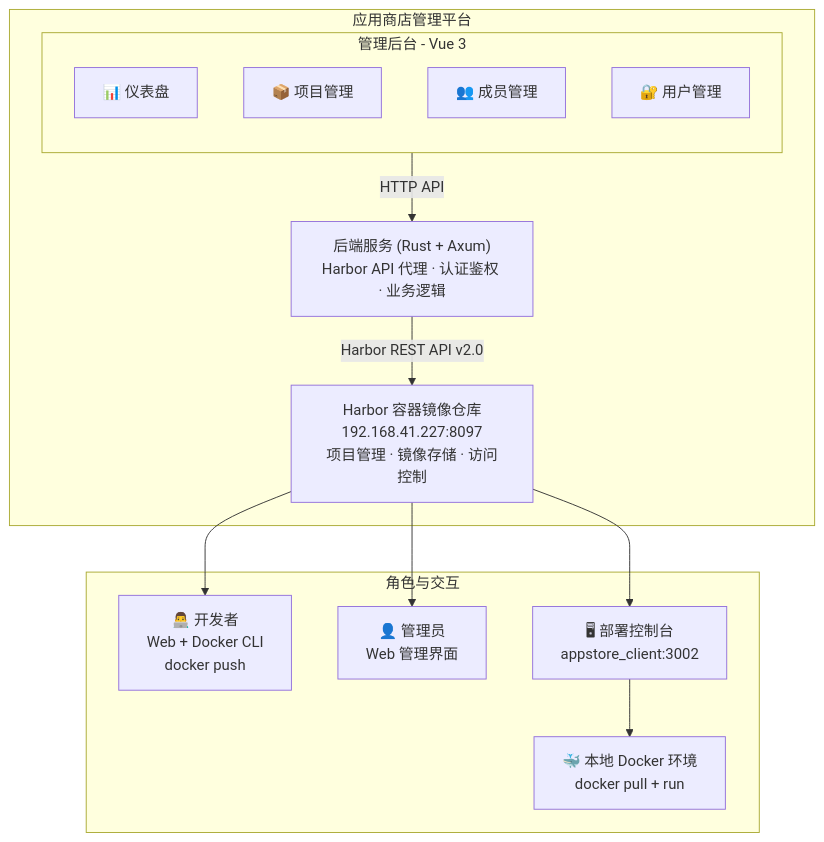
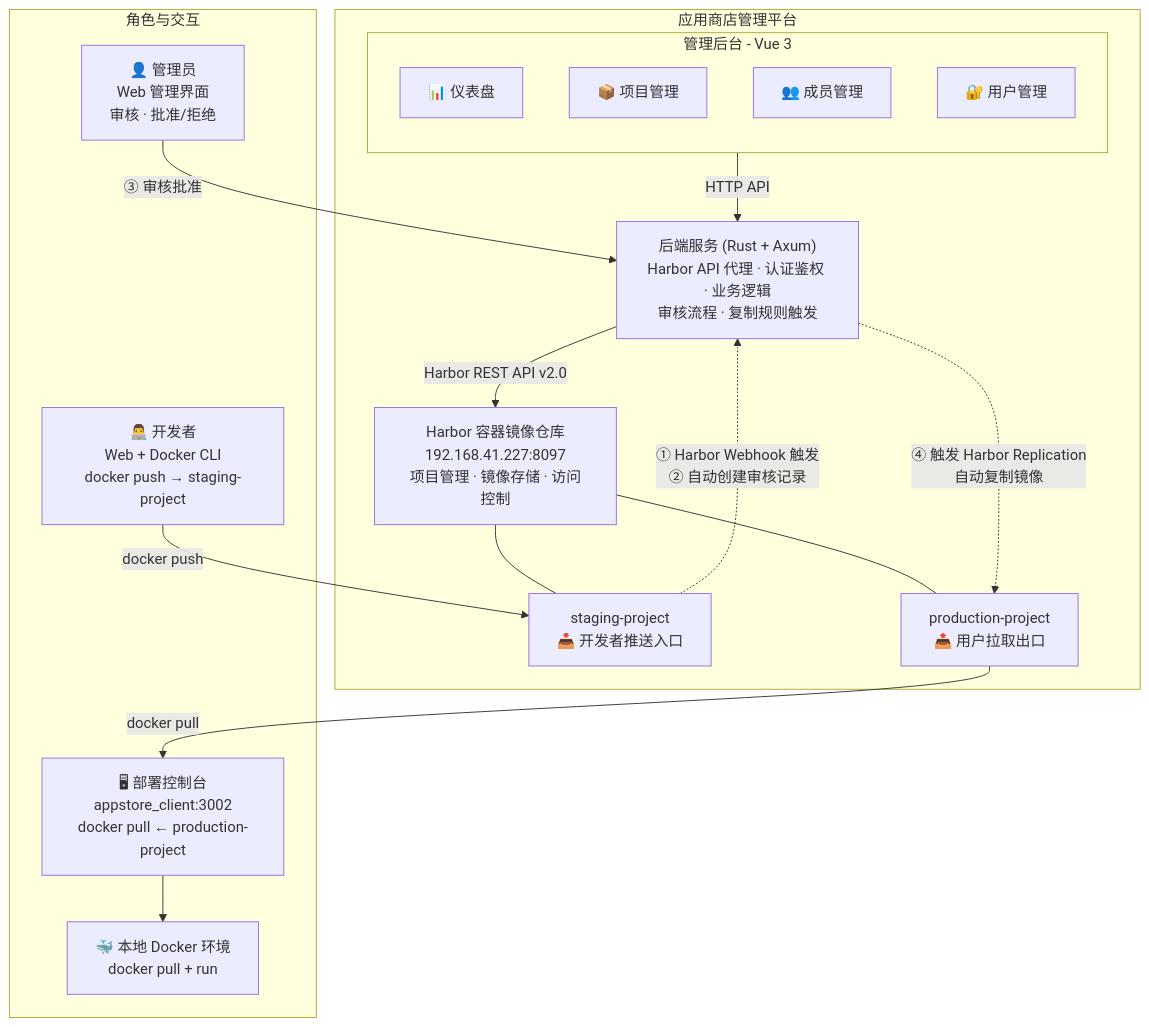
The first of 5 diagrams in APPSTORE.md (zzx1314/rust-admin), drawn with Mermaid before and after one commit. The commit also changed other lines of this file and 1 other file, not shown here.

First line of the commit message:
feat: Enhance application store workflow with staging and production projects

````diff
--- a/APPSTORE.md
+++ b/APPSTORE.md
@@ -27,32 +27,40 @@
 ```mermaid
 graph TB
     subgraph 应用商店管理平台
         subgraph 管理后台[管理后台 - Vue 3]
             direction TB
             仪表盘["📊 仪表盘"]
             项目管理["📦 项目管理"]
             成员管理["👥 成员管理"]
             用户管理["🔐 用户管理"]
         end
 
-        后端服务["后端服务 (Rust + Axum)\nHarbor API 代理 · 认证鉴权 · 业务逻辑"]
+        后端服务["后端服务 (Rust + Axum)\nHarbor API 代理 · 认证鉴权 · 业务逻辑\n审核流程 · 复制规则触发"]
 
         管理后台 -->|HTTP API| 后端服务
 
         Harbor["Harbor 容器镜像仓库\n192.168.41.227:8097\n项目管理 · 镜像存储 · 访问控制"]
+        
+        Staging["staging-project\n📥 开发者推送入口"]
+        Production["production-project\n📤 用户拉取出口"]
 
+        Harbor --- Staging
+        Harbor --- Production
+        
         后端服务 -->|Harbor REST API v2.0| Harbor
     end
 
     subgraph 角色与交互
-        开发者["👨‍💻 开发者\nWeb + Docker CLI\ndocker push"]
-        管理员["👤 管理员\nWeb 管理界面"]
-        部署控制台["🖥 部署控制台\nappstore_client:3002"]
+        开发者["👨‍💻 开发者\nWeb + Docker CLI\ndocker push → staging-project"]
+        管理员["👤 管理员\nWeb 管理界面\n审核 · 批准/拒绝"]
+        部署控制台["🖥 部署控制台\nappstore_client:3002\ndocker pull ← production-project"]
         Docker环境["🐳 本地 Docker 环境\ndocker pull + run"]
     end
 
-    Harbor --> 开发者
-    Harbor --> 管理员
-    Harbor --> 部署控制台
+    开发者 -->|docker push| Staging
+    Staging -.->|① Harbor Webhook 触发\n② 自动创建审核记录| 后端服务
+    管理员 -->|③ 审核批准| 后端服务
+    后端服务 -.->|④ 触发 Harbor Replication\n自动复制镜像| Production
+    Production -->|docker pull| 部署控制台
     部署控制台 --> Docker环境
 ```
````
